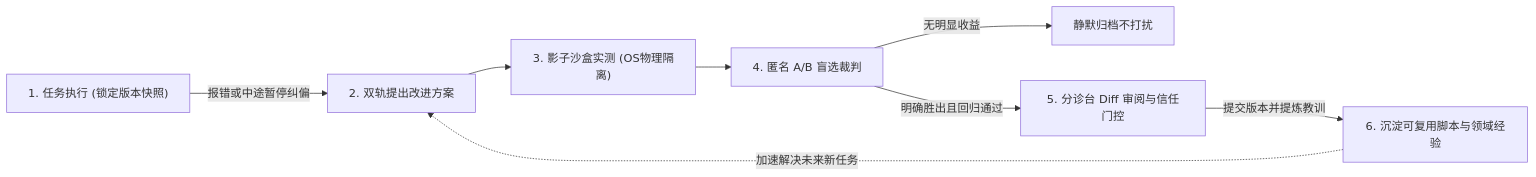
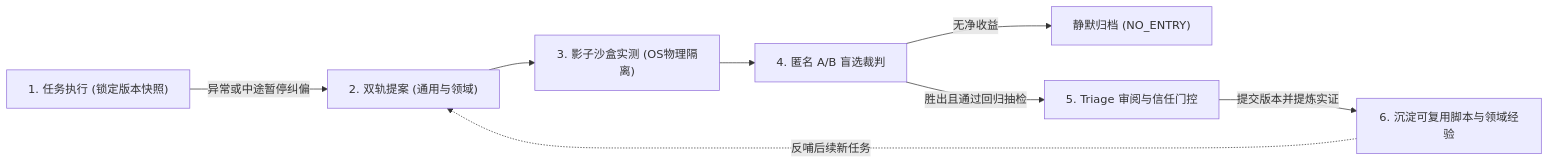
One commit to wsyh4567/harnex changed the diagram in README.zh-CN.md. Above: the diagram before and after it, drawn with Mermaid. The commit also changed other lines of this file and 4 other files, not shown here.

````diff
--- a/README.zh-CN.md
+++ b/README.zh-CN.md
@@ -106,10 +106,10 @@
 ```mermaid
 flowchart LR
-    RUN["1. 任务执行 (锁定版本快照)"] -->|"报错或中途暂停纠偏"| PROP["2. 双轨提出改进方案"]
+    RUN["1. 任务执行 (锁定版本快照)"] -->|"异常或中途暂停纠偏"| PROP["2. 双轨提案 (通用与领域)"]
     PROP --> PROBE["3. 影子沙盒实测 (OS物理隔离)"]
     PROBE --> JUDGE["4. 匿名 A/B 盲选裁判"]
-    JUDGE -->|"无明显收益"| DROP["静默归档不打扰"]
-    JUDGE -->|"明确胜出且回归通过"| TRIAGE["5. 分诊台 Diff 审阅与信任门控"]
-    TRIAGE -->|"提交版本并提炼教训"| LIB["6. 沉淀可复用脚本与领域经验"]
-    LIB -.->|"加速解决未来新任务"| PROP
+    JUDGE -->|"无净收益"| DROP["静默归档 (NO_ENTRY)"]
+    JUDGE -->|"胜出且通过回归抽检"| TRIAGE["5. Triage 审阅与信任门控"]
+    TRIAGE -->|"提交版本并提炼实证"| LIB["6. 沉淀可复用脚本与领域经验"]
+    LIB -.->|"反哺后续新任务"| PROP
 ```
````
